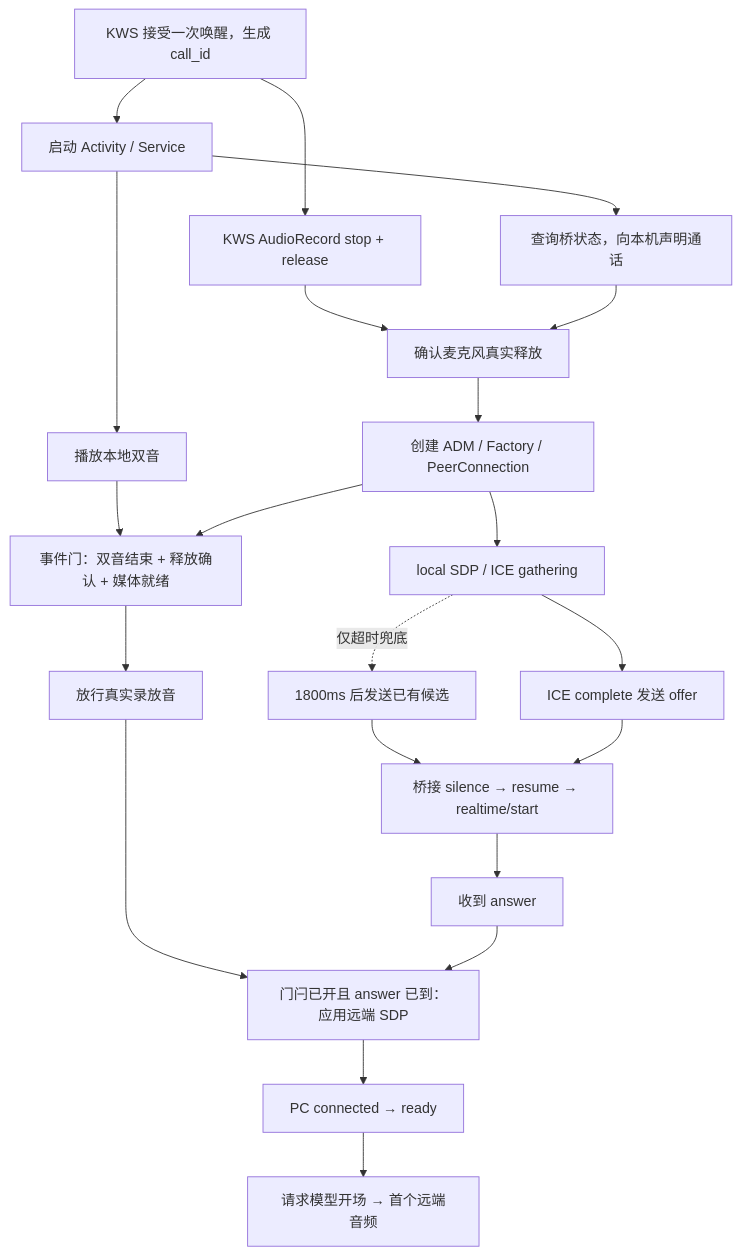
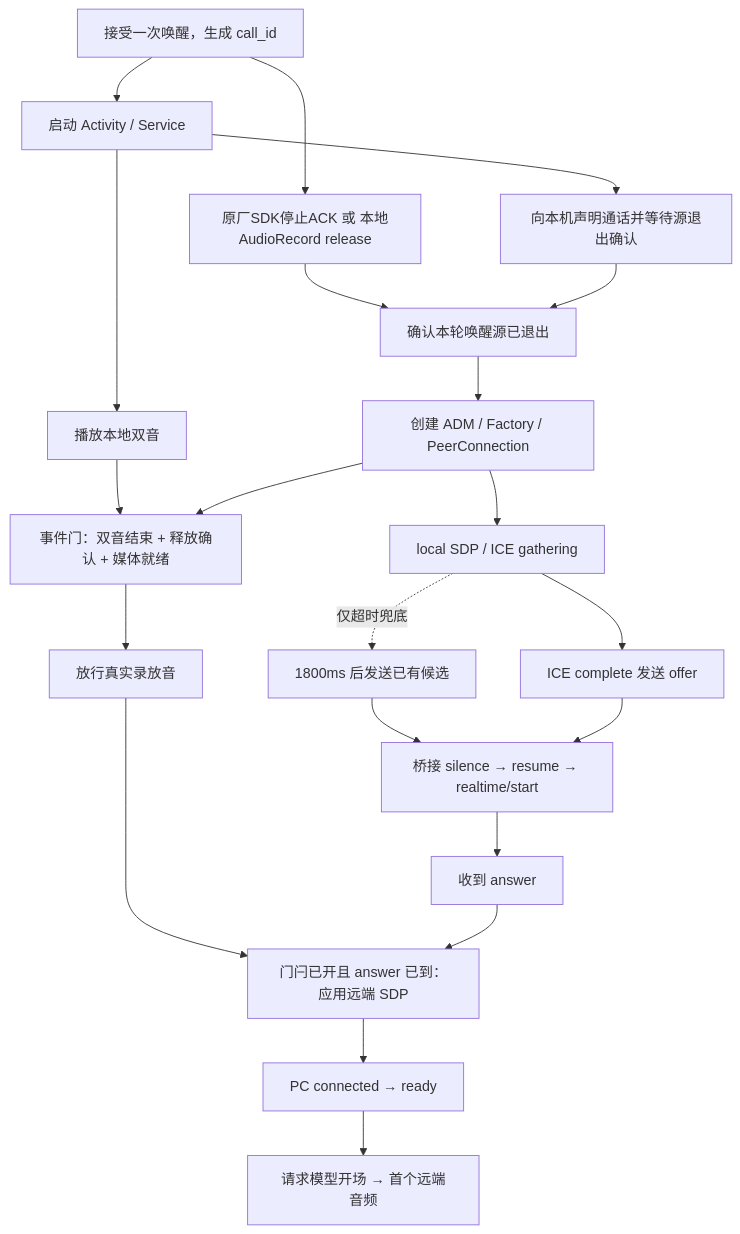
One commit to NoobMaster233/xiaodu-jarvis changed the diagram in docs/architecture.md. Above: the diagram before and after it, drawn with Mermaid. The commit also changed other lines of this file and 55 other files, not shown here.

````diff
--- a/docs/architecture.md
+++ b/docs/architecture.md
@@ -27,23 +31,23 @@
 ```mermaid
 flowchart TD
-  W[KWS 接受一次唤醒，生成 call_id] --> L[启动 Activity / Service]
-  W --> S[KWS AudioRecord stop + release]
+  W[接受一次唤醒，生成 call_id] --> L[启动 Activity / Service]
+  W --> S[原厂SDK停止ACK 或 本地AudioRecord release]
   L --> F[播放本地双音]
-  L --> N[查询桥状态，向本机声明通话]
-  S --> H[确认麦克风真实释放]
+  L --> N[向本机声明通话并等待源退出确认]
+  S --> H[确认本轮唤醒源已退出]
   N --> H
   H --> M[创建 ADM / Factory / PeerConnection]
   M --> SDP[local SDP / ICE gathering]
   SDP --> O[ICE complete 发送 offer]
   SDP -.仅超时兜底.-> T[1800ms 后发送已有候选]
   T --> B[桥接 silence → resume → realtime/start]
   O --> B
   F --> G[事件门：双音结束 + 释放确认 + 媒体就绪]
   M --> G
   B --> A[收到 answer]
   G --> R[放行真实录放音]
   R --> APPLY[门闩已开且 answer 已到：应用远端 SDP]
   A --> APPLY
   APPLY --> C[PC connected → ready]
   C --> Q[请求模型开场 → 首个远端音频]
 ```
````
